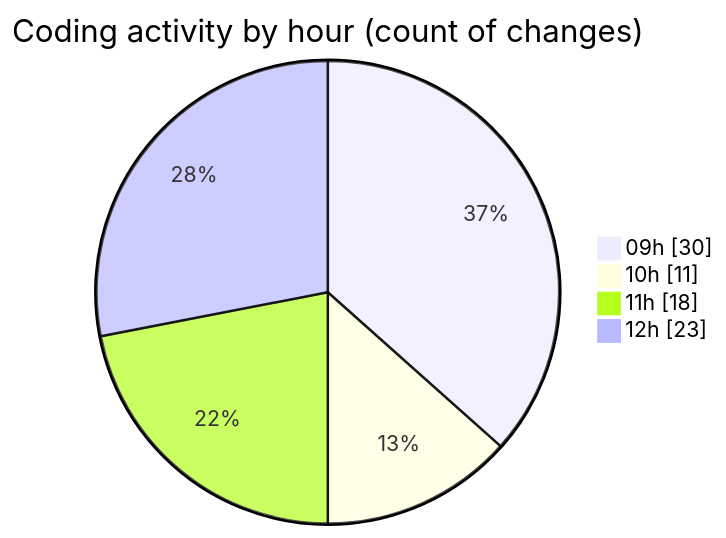
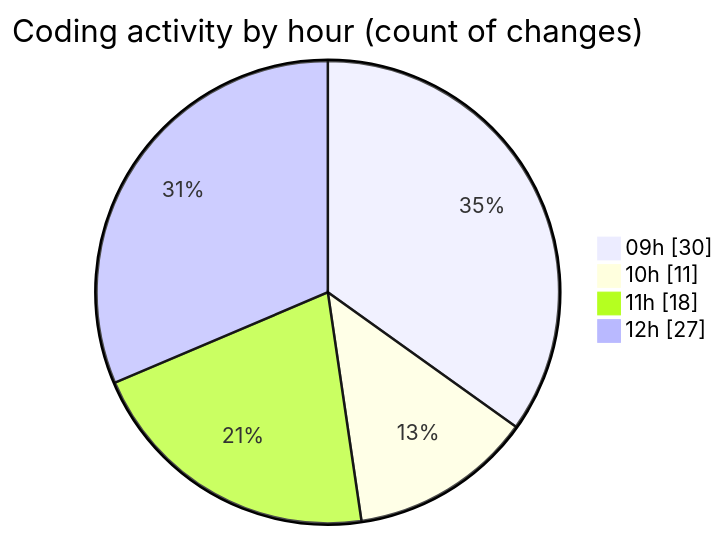
Before and after one commit to momahboobian/code-tracking: the second of 2 diagrams in 2025-03-05/cda/README.md, drawn with Mermaid. The commit also changed other lines of this file and 1 other file, not shown here.

````diff
--- a/2025-03-05/cda/README.md
+++ b/2025-03-05/cda/README.md
@@ -57,8 +58,8 @@
 ```mermaid
 pie showData
 title Coding activity by hour (count of changes)
 "09h" : 30
 "10h" : 11
 "11h" : 18
-"12h" : 23
+"12h" : 27
 ```
````
